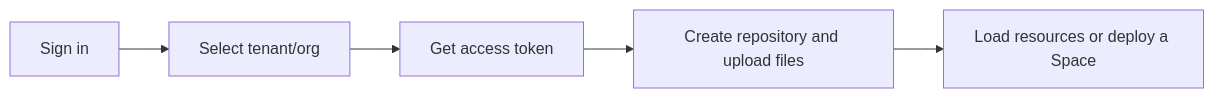
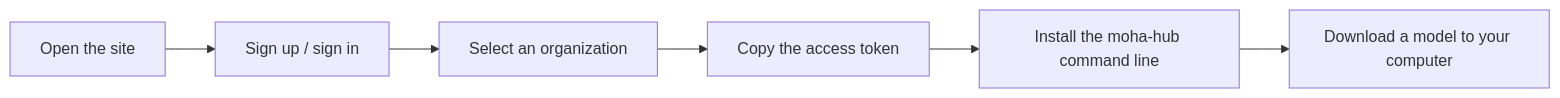
Before and after one commit to poxiaoyun/docs: the diagram in src/pages/docs/en/30.moha/03.quickstart/index.md, drawn with Mermaid. The commit also changed other lines of this file and 359 other files, not shown here.

````diff
--- a/src/pages/docs/en/30.moha/03.quickstart/index.md
+++ b/src/pages/docs/en/30.moha/03.quickstart/index.md
@@ -20,7 +26,8 @@
 ```mermaid
 flowchart LR
-    A["Sign in"] --> B["Select tenant/org"]
-    B --> C["Get access token"]
-    C --> D["Create repository and upload files"]
-    D --> E["Load resources or deploy a Space"]
+    A["Open the site"] --> B["Sign up / sign in"]
+    B --> C["Select an organization"]
+    C --> D["Copy the access token"]
+    D --> E["Install the moha-hub command line"]
+    E --> F["Download a model to your computer"]
 ```
````
